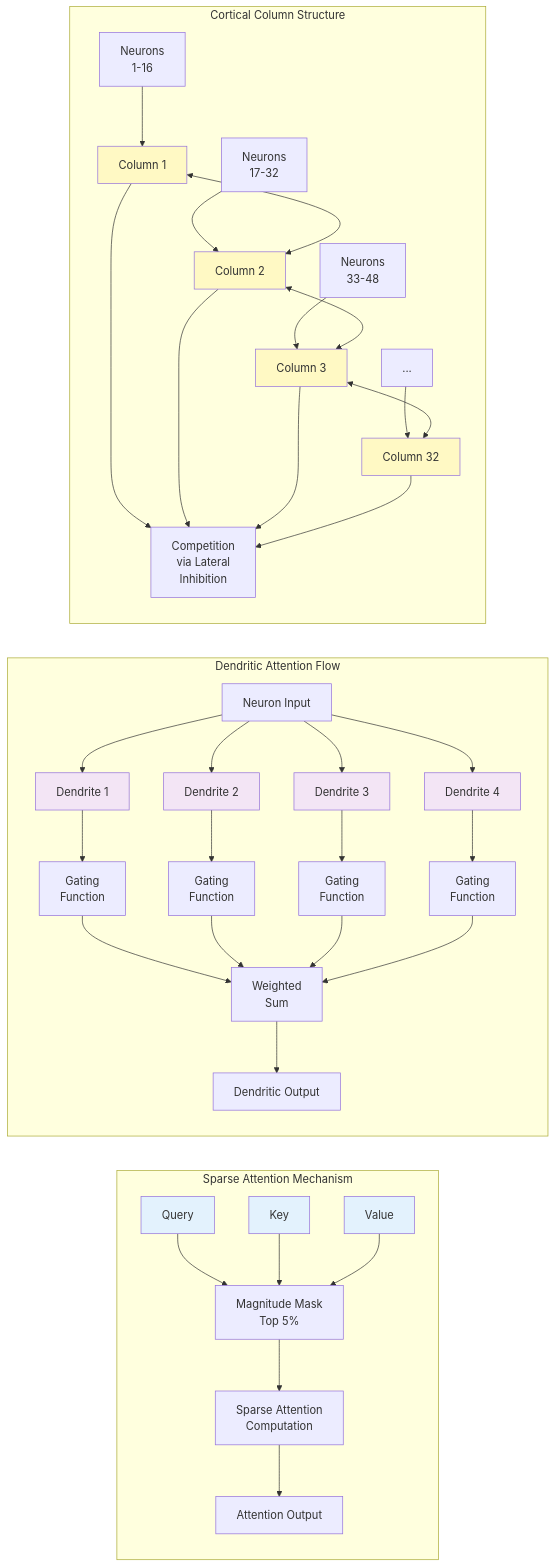
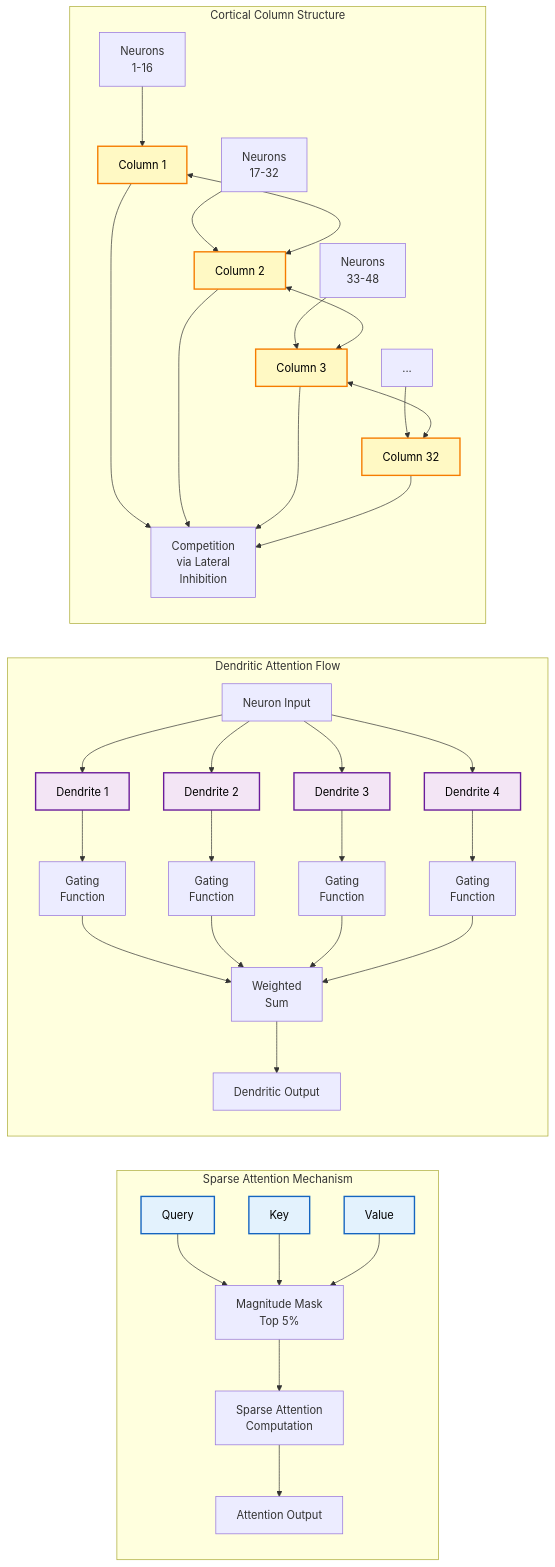
One commit to comsa33/brain-inspired-gpt changed the second of 2 diagrams in README.md. Above: the diagram before and after it, drawn with Mermaid. The commit also changed other lines of this file and 1 other file, not shown here.

Commit message:
Improve Mermaid diagram readability with better text contrast

````diff
--- a/README.md
+++ b/README.md
@@ -228,57 +228,57 @@
 ```mermaid
 graph LR
     subgraph "Sparse Attention Mechanism"
         Q[Query] --> Mask[Magnitude Mask<br/>Top 5%]
         K[Key] --> Mask
         V[Value] --> Mask
         Mask --> Attn[Sparse Attention<br/>Computation]
         Attn --> Out1[Attention Output]
     end
     
     subgraph "Dendritic Attention Flow"
         Input2[Neuron Input] --> D1[Dendrite 1]
         Input2 --> D2[Dendrite 2]
         Input2 --> D3[Dendrite 3]
         Input2 --> D4[Dendrite 4]
         
         D1 --> Gate1[Gating<br/>Function]
         D2 --> Gate2[Gating<br/>Function]
         D3 --> Gate3[Gating<br/>Function]
         D4 --> Gate4[Gating<br/>Function]
         
         Gate1 --> Sum[Weighted<br/>Sum]
         Gate2 --> Sum
         Gate3 --> Sum
         Gate4 --> Sum
         
         Sum --> Out2[Dendritic Output]
     end
     
     subgraph "Cortical Column Structure"
         N1[Neurons<br/>1-16] --> Col1[Column 1]
         N2[Neurons<br/>17-32] --> Col2[Column 2]
         N3[Neurons<br/>33-48] --> Col3[Column 3]
         NN[...] --> ColN[Column 32]
         
         Col1 <--> Col2
         Col2 <--> Col3
         Col3 <--> ColN
         
         Col1 --> Comp[Competition<br/>via Lateral<br/>Inhibition]
         Col2 --> Comp
         Col3 --> Comp
         ColN --> Comp
     end
     
-    style Q fill:#e3f2fd
-    style K fill:#e3f2fd
-    style V fill:#e3f2fd
-    style D1 fill:#f3e5f5
-    style D2 fill:#f3e5f5
-    style D3 fill:#f3e5f5
-    style D4 fill:#f3e5f5
-    style Col1 fill:#fff9c4
-    style Col2 fill:#fff9c4
-    style Col3 fill:#fff9c4
-    style ColN fill:#fff9c4
+    style Q fill:#e3f2fd,stroke:#1565c0,stroke-width:2px,color:#000
+    style K fill:#e3f2fd,stroke:#1565c0,stroke-width:2px,color:#000
+    style V fill:#e3f2fd,stroke:#1565c0,stroke-width:2px,color:#000
+    style D1 fill:#f3e5f5,stroke:#6a1b9a,stroke-width:2px,color:#000
+    style D2 fill:#f3e5f5,stroke:#6a1b9a,stroke-width:2px,color:#000
+    style D3 fill:#f3e5f5,stroke:#6a1b9a,stroke-width:2px,color:#000
+    style D4 fill:#f3e5f5,stroke:#6a1b9a,stroke-width:2px,color:#000
+    style Col1 fill:#fff9c4,stroke:#f57c00,stroke-width:2px,color:#000
+    style Col2 fill:#fff9c4,stroke:#f57c00,stroke-width:2px,color:#000
+    style Col3 fill:#fff9c4,stroke:#f57c00,stroke-width:2px,color:#000
+    style ColN fill:#fff9c4,stroke:#f57c00,stroke-width:2px,color:#000
 ```
````
